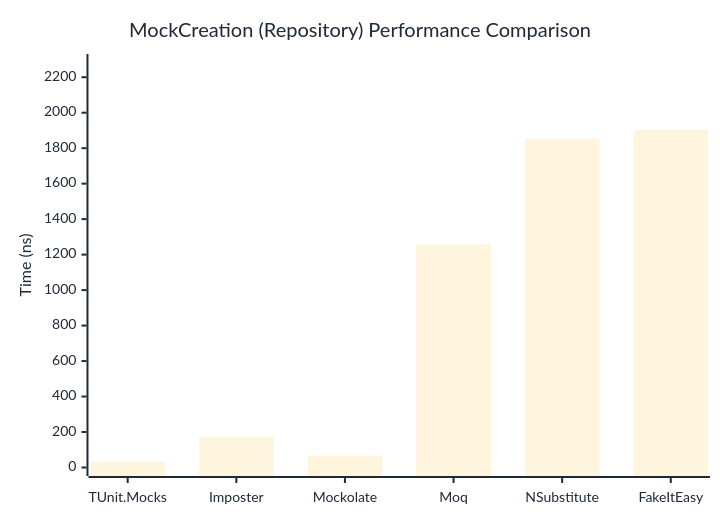
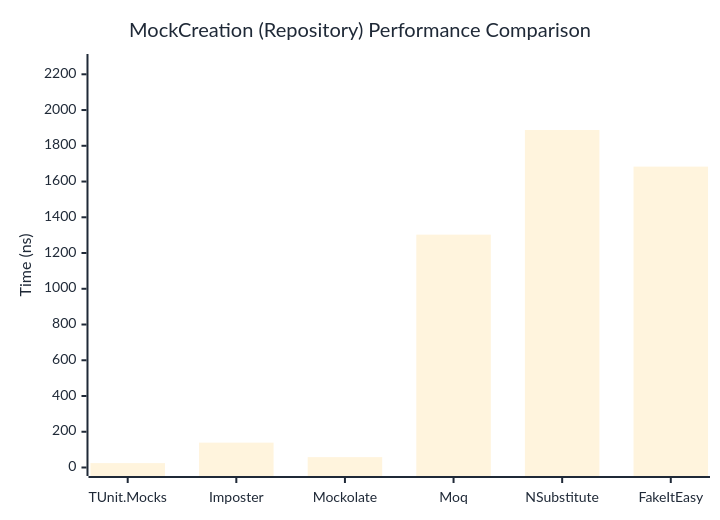
One commit to thomhurst/TUnit changed the second of 2 diagrams in docs/docs/benchmarks/mocks/MockCreation.md. Above: the diagram before and after it, drawn with Mermaid. The commit also changed other lines of this file and 14 other files, not shown here.

````diff
--- a/docs/docs/benchmarks/mocks/MockCreation.md
+++ b/docs/docs/benchmarks/mocks/MockCreation.md
@@ -71,27 +71,27 @@
 ```mermaid
 %%{init: {
   'theme':'base',
   'themeVariables': {
     'primaryColor': '#2563eb',
     'primaryTextColor': '#1f2937',
     'primaryBorderColor': '#1e40af',
     'lineColor': '#6b7280',
     'secondaryColor': '#7c3aed',
     'tertiaryColor': '#dc2626',
     'background': '#ffffff',
     'pie1': '#2563eb',
     'pie2': '#7c3aed',
     'pie3': '#dc2626',
     'pie4': '#f59e0b',
     'pie5': '#10b981',
     'pie6': '#06b6d4',
     'pie7': '#ec4899',
     'pie8': '#6366f1'
   }
 }}%%
 xychart-beta
   title "MockCreation (Repository) Performance Comparison"
   x-axis ["TUnit.Mocks", "Imposter", "Mockolate", "Moq", "NSubstitute", "FakeItEasy"]
-  y-axis "Time (ns)" 0 --> 2283
-  bar [33.79, 174.11, 67.32, 1256.75, 1853.52, 1902.13]
+  y-axis "Time (ns)" 0 --> 2266
+  bar [24.68, 139.12, 58.07, 1302.79, 1888.22, 1683.5]
 ```
````
